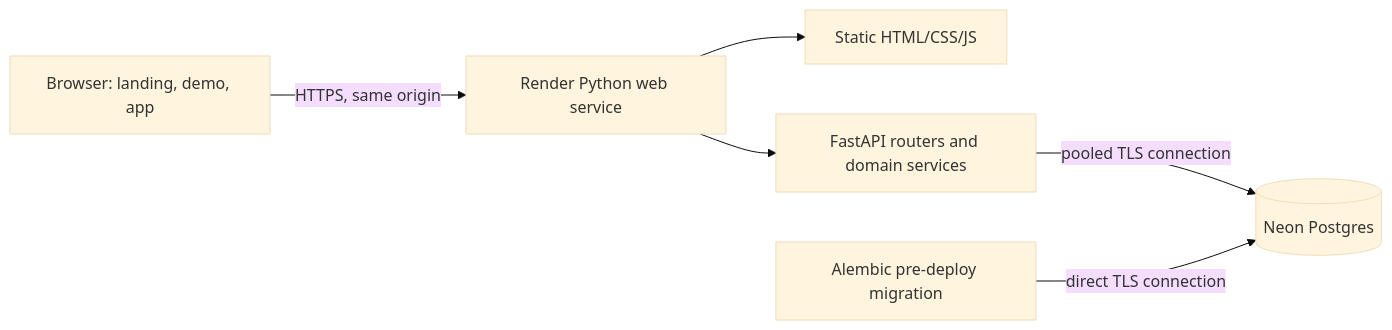
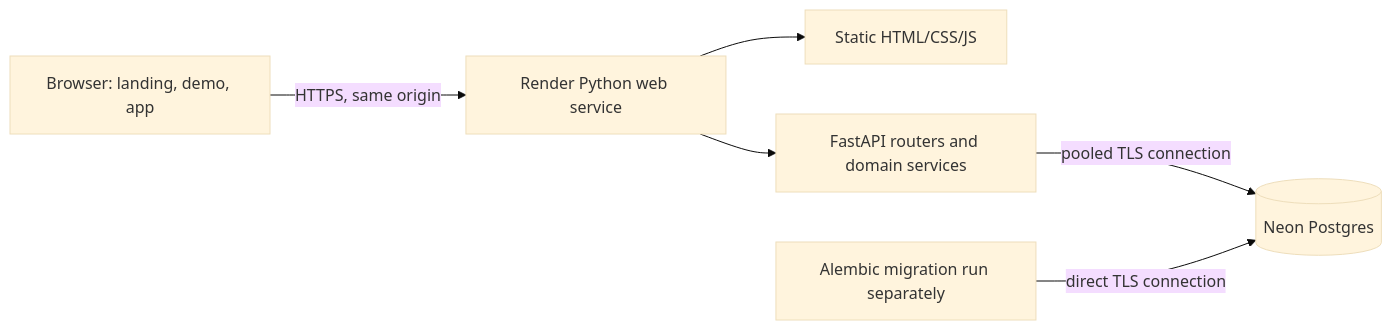
The diagram in docs/MVP_ARCHITECTURE.md (callbyIshant/finWise), drawn with Mermaid (base theme) before and after one commit. The commit also changed other lines of this file and 1 other file, not shown here.

````diff
--- a/docs/MVP_ARCHITECTURE.md
+++ b/docs/MVP_ARCHITECTURE.md
@@ -45,8 +45,8 @@
 ```mermaid
 flowchart LR
   B[Browser: landing, demo, app] -->|HTTPS, same origin| R[Render Python web service]
   R --> UI[Static HTML/CSS/JS]
   R --> API[FastAPI routers and domain services]
   API -->|pooled TLS connection| N[(Neon Postgres)]
-  M[Alembic pre-deploy migration] -->|direct TLS connection| N
+  M[Alembic migration run separately] -->|direct TLS connection| N
 ```
````
